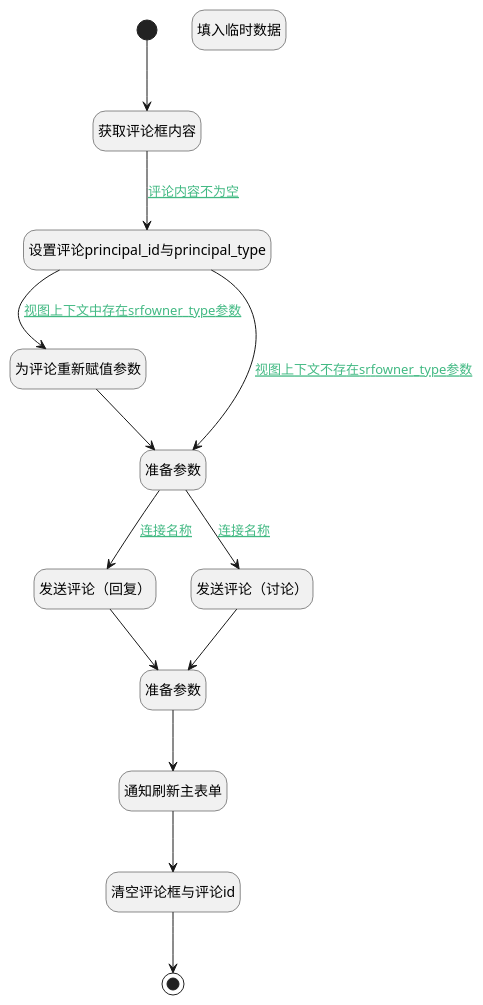
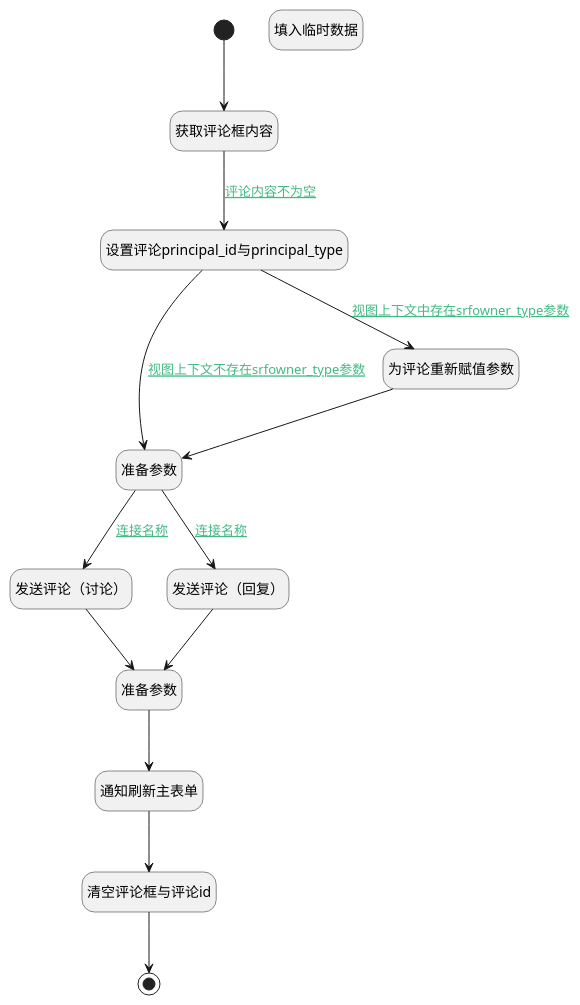
The diagram in doc/docsify/module/Team/discuss_post/uilogic/send_comment_mob.md (iBizLab/plm), drawn with PlantUML before and after one commit. The commit also changed other lines of this file and 1276 other files, not shown here.

````diff
--- a/doc/docsify/module/Team/discuss_post/uilogic/send_comment_mob.md
+++ b/doc/docsify/module/Team/discuss_post/uilogic/send_comment_mob.md
@@ -7,40 +7,40 @@
 ```plantuml
 @startuml
 hide footbox
 <style>
 root {
   HyperlinkColor #42b983
 }
 </style>
 
 hide empty description
 state "开始" as Begin <<start>> [[$./send_comment_mob#begin {开始}]]
+state "设置评论principal_id与principal_type" as PREPAREJSPARAM1  [[$./send_comment_mob#preparejsparam1 {设置评论principal_id与principal_type}]]
+state "发送评论（讨论）" as DEACTION4  [[$./send_comment_mob#deaction4 {发送评论（讨论）}]]
 state "通知刷新主表单" as RAWJSCODE5  [[$./send_comment_mob#rawjscode5 {通知刷新主表单}]]
+state "发送评论（回复）" as DEACTION5  [[$./send_comment_mob#deaction5 {发送评论（回复）}]]
+state "获取评论框内容" as RAWJSCODE1  [[$./send_comment_mob#rawjscode1 {获取评论框内容}]]
+state "填入临时数据" as RAWJSCODE4  [[$./send_comment_mob#rawjscode4 {填入临时数据}]]
+state "清空评论框与评论id" as RAWJSCODE2  [[$./send_comment_mob#rawjscode2 {清空评论框与评论id}]]
+state "准备参数" as PREPAREJSPARAM9  [[$./send_comment_mob#preparejsparam9 {准备参数}]]
 state "准备参数" as PREPAREJSPARAM10  [[$./send_comment_mob#preparejsparam10 {准备参数}]]
 state "为评论重新赋值参数" as PREPAREJSPARAM6  [[$./send_comment_mob#preparejsparam6 {为评论重新赋值参数}]]
 state "结束" as END1 <<end>> [[$./send_comment_mob#end1 {结束}]]
-state "发送评论（回复）" as DEACTION5  [[$./send_comment_mob#deaction5 {发送评论（回复）}]]
-state "获取评论框内容" as RAWJSCODE1  [[$./send_comment_mob#rawjscode1 {获取评论框内容}]]
-state "发送评论（讨论）" as DEACTION4  [[$./send_comment_mob#deaction4 {发送评论（讨论）}]]
-state "设置评论principal_id与principal_type" as PREPAREJSPARAM1  [[$./send_comment_mob#preparejsparam1 {设置评论principal_id与principal_type}]]
-state "准备参数" as PREPAREJSPARAM9  [[$./send_comment_mob#preparejsparam9 {准备参数}]]
-state "清空评论框与评论id" as RAWJSCODE2  [[$./send_comment_mob#rawjscode2 {清空评论框与评论id}]]
-state "填入临时数据" as RAWJSCODE4  [[$./send_comment_mob#rawjscode4 {填入临时数据}]]
 
 
 Begin --> RAWJSCODE1
 RAWJSCODE1 --> PREPAREJSPARAM1 : [[$./send_comment_mob#rawjscode1-preparejsparam1{评论内容不为空} 评论内容不为空]]
 PREPAREJSPARAM1 --> PREPAREJSPARAM6 : [[$./send_comment_mob#preparejsparam1-preparejsparam6{视图上下文中存在srfowner_type参数} 视图上下文中存在srfowner_type参数]]
 PREPAREJSPARAM6 --> PREPAREJSPARAM9
 PREPAREJSPARAM9 --> DEACTION4 : [[$./send_comment_mob#preparejsparam9-deaction4{连接名称} 连接名称]]
 DEACTION4 --> PREPAREJSPARAM10
 PREPAREJSPARAM10 --> RAWJSCODE5
 RAWJSCODE5 --> RAWJSCODE2
 RAWJSCODE2 --> END1
 PREPAREJSPARAM9 --> DEACTION5 : [[$./send_comment_mob#preparejsparam9-deaction5{连接名称} 连接名称]]
 DEACTION5 --> PREPAREJSPARAM10
 PREPAREJSPARAM1 --> PREPAREJSPARAM9 : [[$./send_comment_mob#preparejsparam1-preparejsparam9{视图上下文不存在srfowner_type参数} 视图上下文不存在srfowner_type参数]]
 
 
 @enduml
 ```
````
